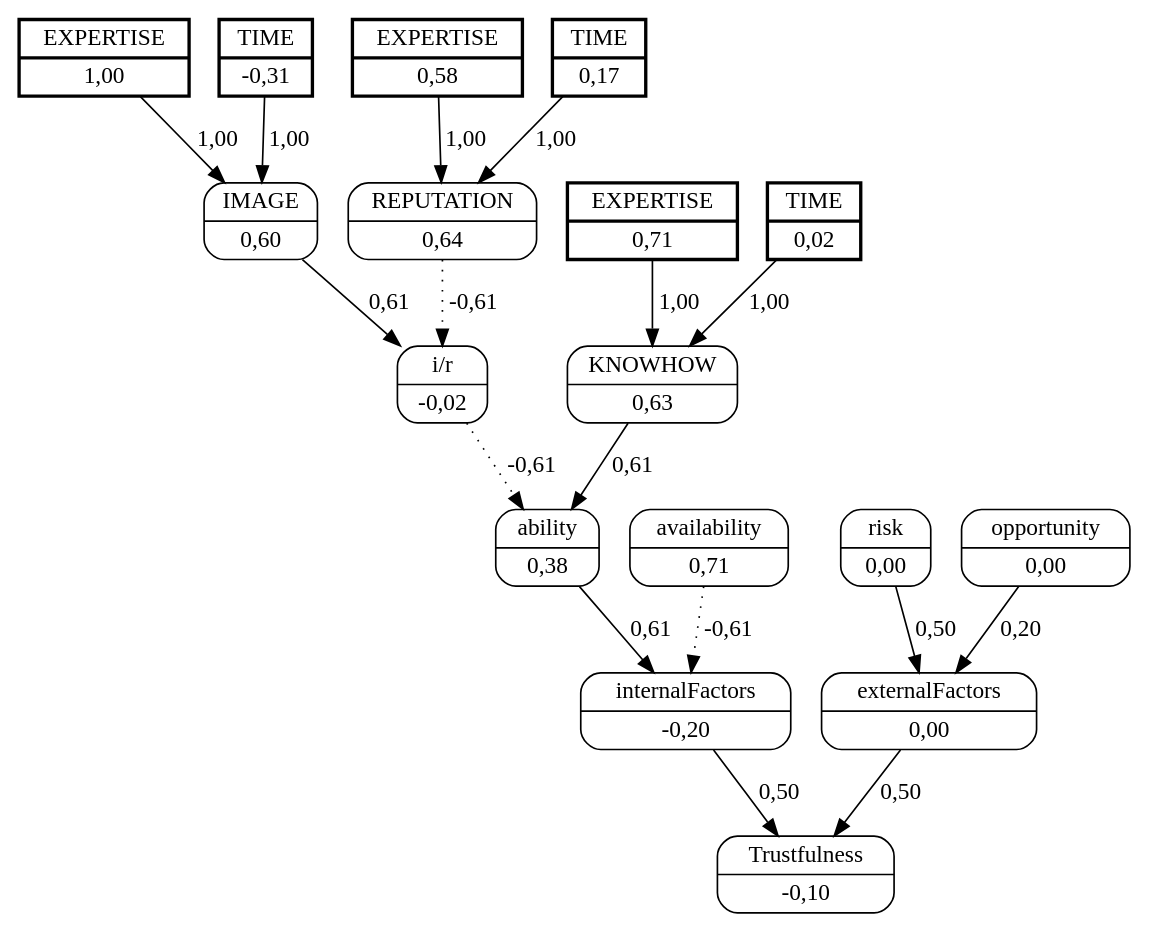
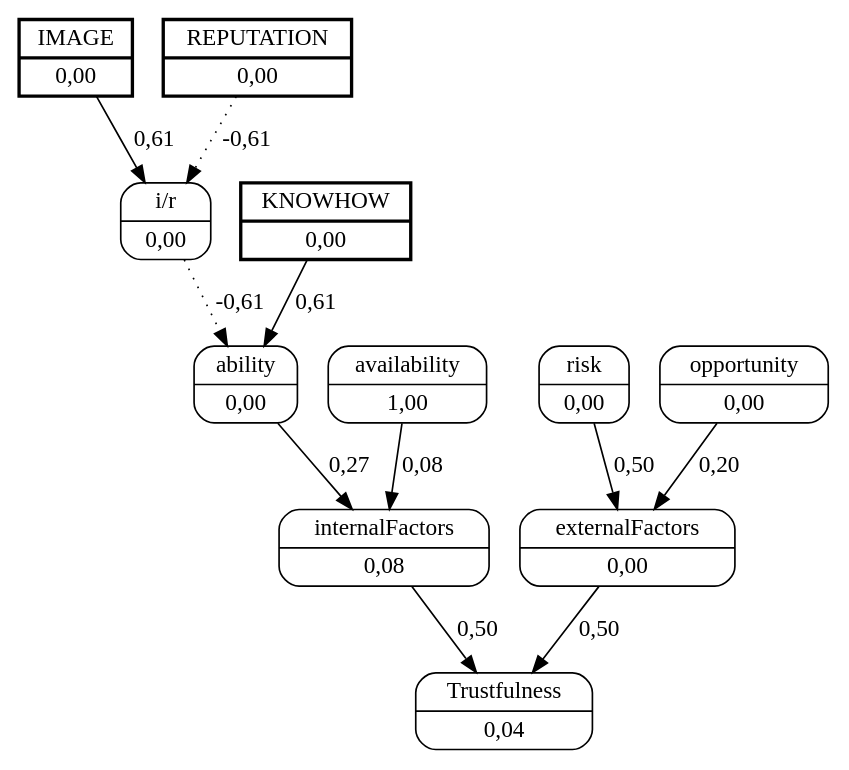
One commit to jjbaqueta/unload_experiment changed the diagram in unload_boxes/dots/worker_2helper_7.dot. Above: the diagram before and after it, drawn with Graphviz. The commit also changed 61 other files, not shown here.

```diff
--- a/unload_boxes/dots/worker_2helper_7.dot
+++ b/unload_boxes/dots/worker_2helper_7.dot
@@ -1,38 +1,25 @@
 digraph FCM_net{
 	node [shape=record, style=rounded]
-	11 [label="{EXPERTISE | 1,00}", style=bold, penwidth=2, peripheries=2];
-	12 [label="{TIME | -0,31}", style=bold, penwidth=2, peripheries=2];
-	13 [label="{EXPERTISE | 0,58}", style=bold, penwidth=2, peripheries=2];
-	14 [label="{TIME | 0,17}", style=bold, penwidth=2, peripheries=2];
-	15 [label="{EXPERTISE | 0,71}", style=bold, penwidth=2, peripheries=2];
-	16 [label="{TIME | 0,02}", style=bold, penwidth=2, peripheries=2];
-	0 [label="{IMAGE | 0,60}"];
-	1 [label="{REPUTATION | 0,64}"];
-	2 [label="{KNOWHOW | 0,63}"];
-	3 [label="{i/r | -0,02}"];
-	4 [label="{ability | 0,38}"];
-	5 [label="{availability | 0,71}"];
-	6 [label="{internalFactors | -0,20}"];
+	0 [label="{IMAGE | 0,00}", style=bold, penwidth=2, peripheries=2];
+	1 [label="{REPUTATION | 0,00}", style=bold, penwidth=2, peripheries=2];
+	2 [label="{KNOWHOW | 0,00}", style=bold, penwidth=2, peripheries=2];
+	0 [label="{IMAGE | 0,00}"];
+	3 [label="{i/r | 0,00}"];
+	4 [label="{ability | 0,00}"];
+	5 [label="{availability | 1,00}"];
+	6 [label="{internalFactors | 0,08}"];
 	7 [label="{risk | 0,00}"];
 	8 [label="{opportunity | 0,00}"];
 	9 [label="{externalFactors | 0,00}"];
-	10 [label="{Trustfulness | -0,10}"];
-	11 [label="{EXPERTISE | 1,00}"];
-	13 [label="{EXPERTISE | 0,58}"];
+	10 [label="{Trustfulness | 0,04}"];
 	0 -> 3 [label = "0,61"];
 	1 -> 3 [label = "-0,61", style=dotted];
 	3 -> 4 [label = "-0,61", style=dotted];
 	2 -> 4 [label = "0,61"];
-	4 -> 6 [label = "0,61"];
-	5 -> 6 [label = "-0,61", style=dotted];
+	4 -> 6 [label = "0,27"];
+	5 -> 6 [label = "0,08"];
 	6 -> 10 [label = "0,50"];
 	7 -> 9 [label = "0,50"];
 	8 -> 9 [label = "0,20"];
 	9 -> 10 [label = "0,50"];
-	11 -> 0 [label = "1,00"];
-	12 -> 0 [label = "1,00"];
-	13 -> 1 [label = "1,00"];
-	14 -> 1 [label = "1,00"];
-	15 -> 2 [label = "1,00"];
-	16 -> 2 [label = "1,00"];
 }
```
